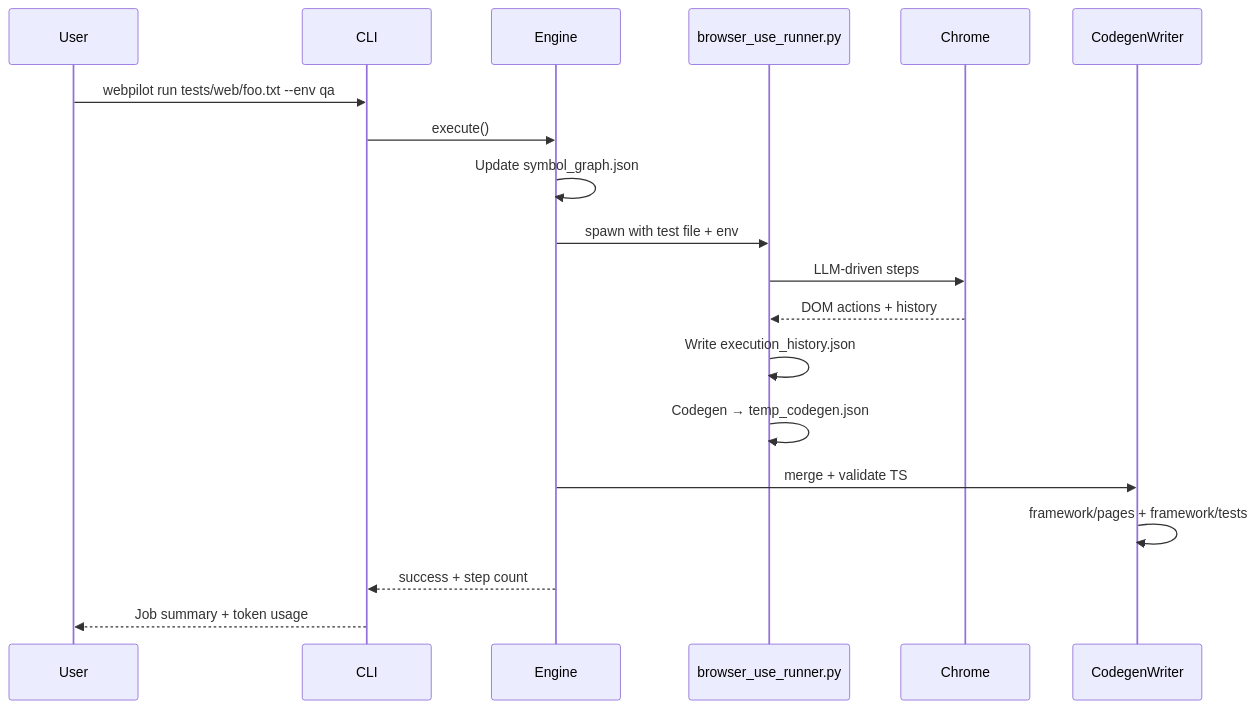
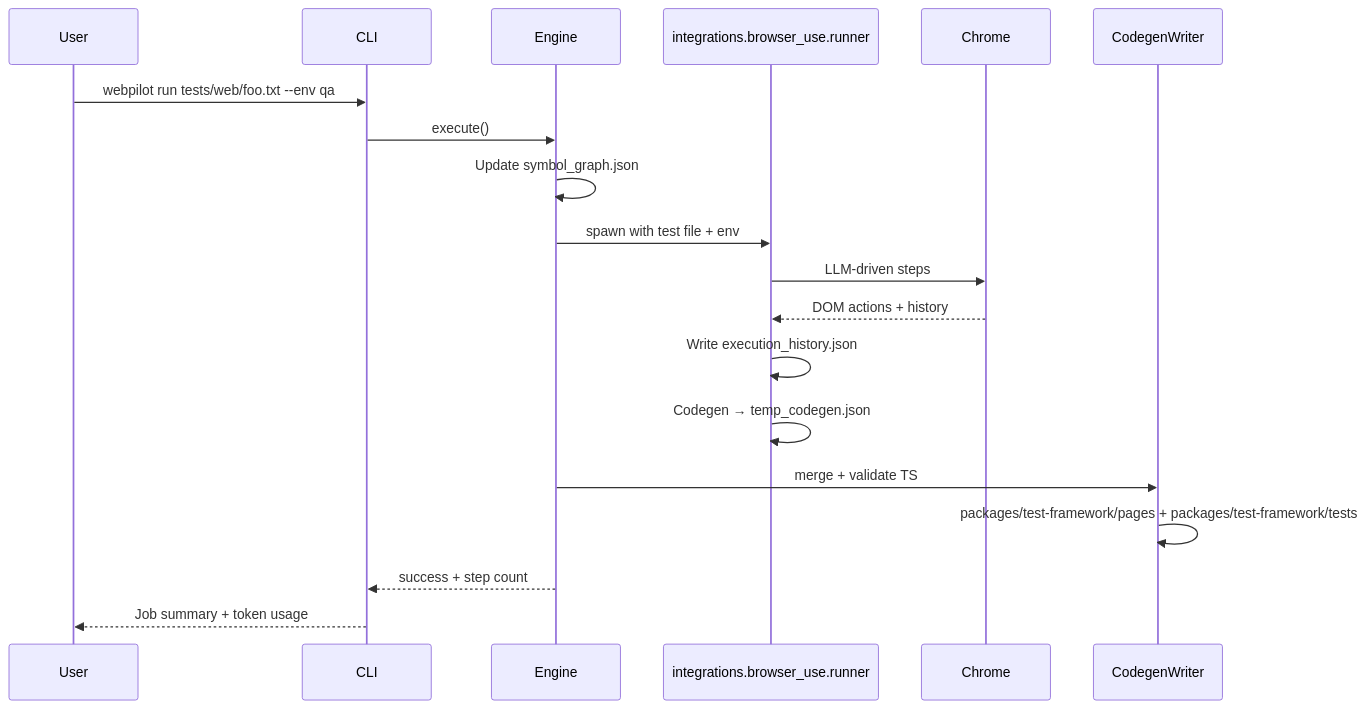
Before and after one commit to javed0211/WebPilot: the second of 3 diagrams in docs/FRAMEWORK_GUIDE.md, drawn with Mermaid. The commit also changed other lines of this file and 812 other files, not shown here.

````diff
--- a/docs/FRAMEWORK_GUIDE.md
+++ b/docs/FRAMEWORK_GUIDE.md
@@ -594,22 +600,22 @@
 ```mermaid
 sequenceDiagram
   participant User
   participant CLI
   participant Engine
-  participant Python as browser_use_runner.py
+  participant Python as integrations.browser_use.runner
   participant Chrome
   participant Writer as CodegenWriter
 
   User->>CLI: webpilot run tests/web/foo.txt --env qa
   CLI->>Engine: execute()
   Engine->>Engine: Update symbol_graph.json
   Engine->>Python: spawn with test file + env
   Python->>Chrome: LLM-driven steps
   Chrome-->>Python: DOM actions + history
   Python->>Python: Write execution_history.json
   Python->>Python: Codegen → temp_codegen.json
   Engine->>Writer: merge + validate TS
-  Writer->>Writer: framework/pages + framework/tests
+  Writer->>Writer: packages/test-framework/pages + packages/test-framework/tests
   Engine-->>CLI: success + step count
   CLI-->>User: Job summary + token usage
 ```
````
